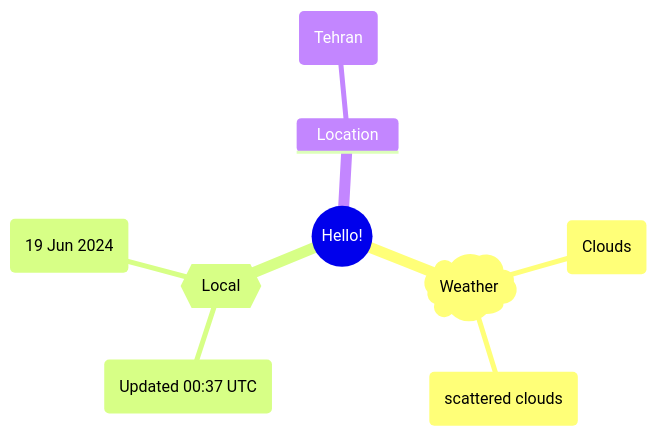
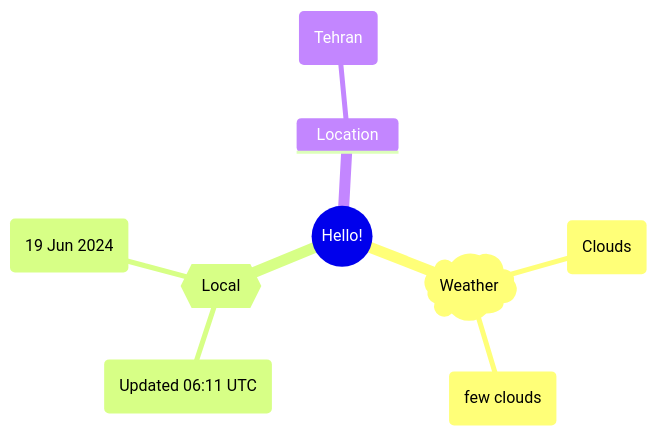
The first of 2 diagrams in README.md (Xosrov/Xosrov), drawn with Mermaid before and after one commit.

Commit message:
[bot] updated images

````diff
--- a/README.md
+++ b/README.md
@@ -3,12 +3,12 @@
 ```mermaid
 mindmap
   root((Hello!))
     )Weather(
         (Clouds)
-        (scattered clouds)
+        (few clouds)
     {{Local}}
-        (Updated 00:37 UTC)
+        (Updated 06:11 UTC)
         (19 Jun 2024)
     Location
         (Tehran)
 ```
````
